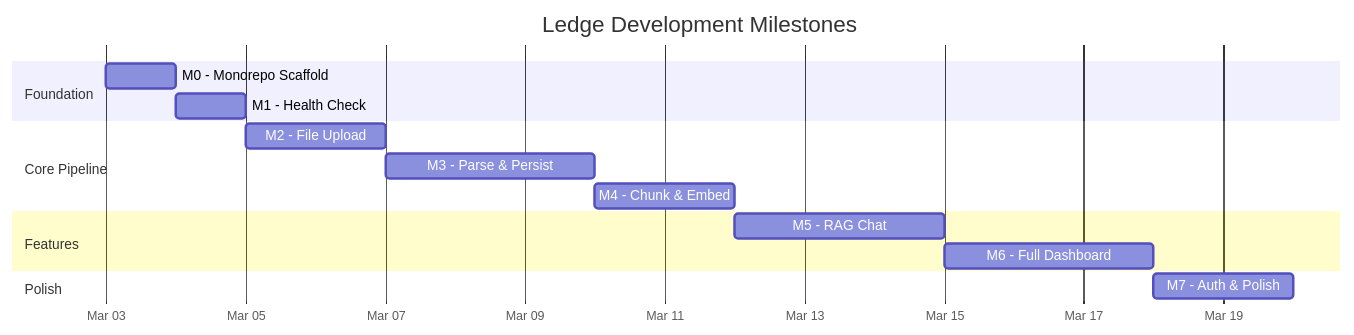
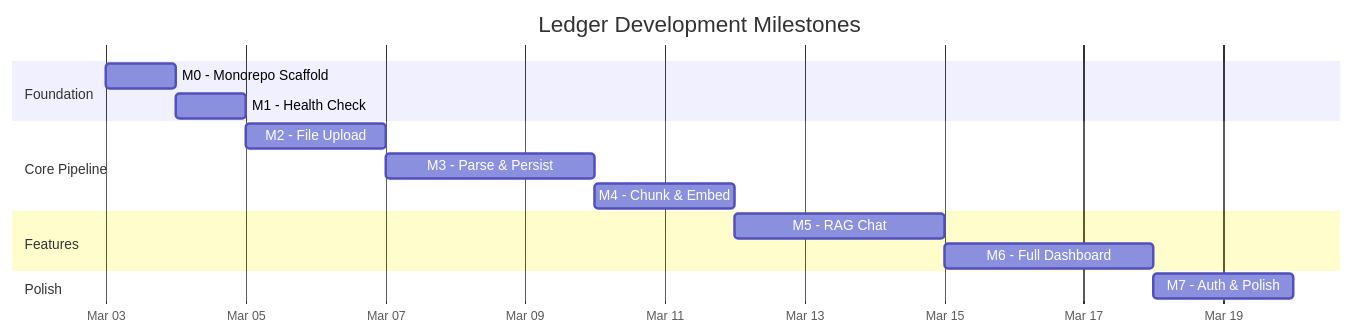
The fourth of 4 diagrams in docs/product.md (darth-dodo/ledger), drawn with Mermaid before and after one commit. The commit also changed other lines of this file and 15 other files, not shown here.

````diff
--- a/docs/product.md
+++ b/docs/product.md
@@ -139,22 +139,22 @@
 ```mermaid
 gantt
-    title Ledge Development Milestones
+    title Ledger Development Milestones
     dateFormat YYYY-MM-DD
     axisFormat %b %d
 
     section Foundation
         M0 - Monorepo Scaffold       :m0, 2026-03-03, 1d
         M1 - Health Check             :m1, after m0, 1d
 
     section Core Pipeline
         M2 - File Upload              :m2, after m1, 2d
         M3 - Parse & Persist          :m3, after m2, 3d
         M4 - Chunk & Embed            :m4, after m3, 2d
 
     section Features
         M5 - RAG Chat                 :m5, after m4, 3d
         M6 - Full Dashboard           :m6, after m5, 3d
 
     section Polish
         M7 - Auth & Polish            :m7, after m6, 2d
 ```
````
